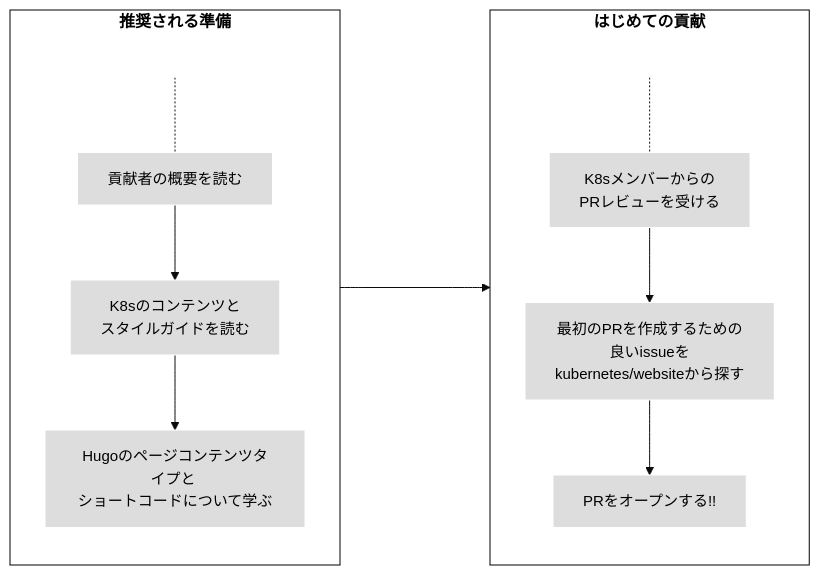
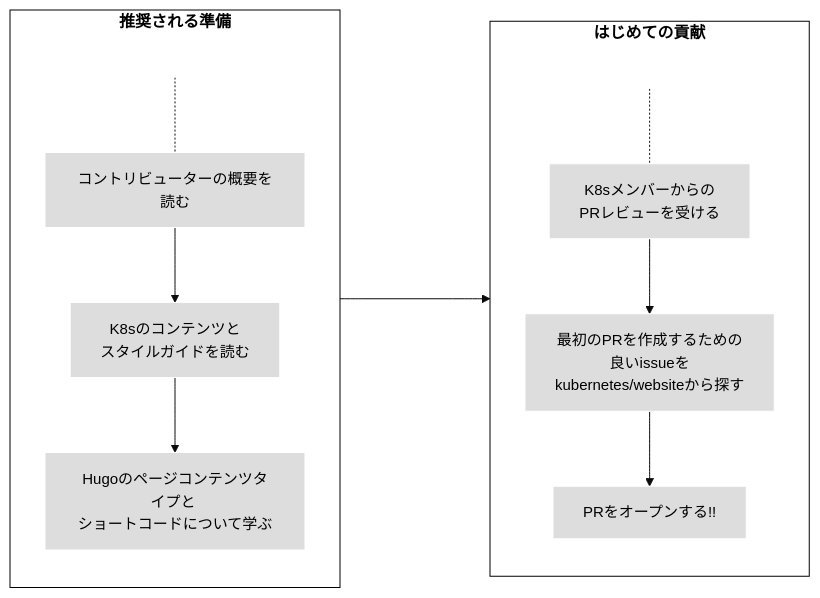
Before and after one commit to kubernetes/website: the second of 2 diagrams in content/ja/docs/contribute/docs.md, drawn with Mermaid (base theme). The commit also changed other lines of this file, not shown here.

```diff
--- a/content/ja/docs/contribute/docs.md
+++ b/content/ja/docs/contribute/docs.md
@@ -98,26 +98,26 @@
 {{< mermaid >}}
 flowchart LR
     subgraph second[はじめての貢献]
     direction TB
     S[ ] -.-
     G[K8sメンバーからの <br>PRレビューを受ける] -->
     A[最初のPRを作成するための <br>良いissueを <br>kubernetes/websiteから探す] --> B[PRをオープンする!!]
     end
     subgraph first[推奨される準備]
     direction TB
        T[ ] -.-
-       D[貢献者の概要を読む] -->E[K8sのコンテンツと<br> スタイルガイドを読む]
+       D[コントリビューターの概要を読む] -->E[K8sのコンテンツと<br> スタイルガイドを読む]
        E --> F[Hugoのページコンテンツタイプと <br>ショートコードについて学ぶ]
     end
 
 
     first ----> second
 
 
 classDef grey fill:#dddddd,stroke:#ffffff,stroke-width:px,color:#000000, font-size:15px;
 classDef white fill:#ffffff,stroke:#000,stroke-width:px,color:#000,font-weight:bold
 classDef spacewhite fill:#ffffff,stroke:#fff,stroke-width:0px,color:#000
 class A,B,D,E,F,G grey
 class S,T spacewhite
 class first,second white
 {{</ mermaid >}}
```
